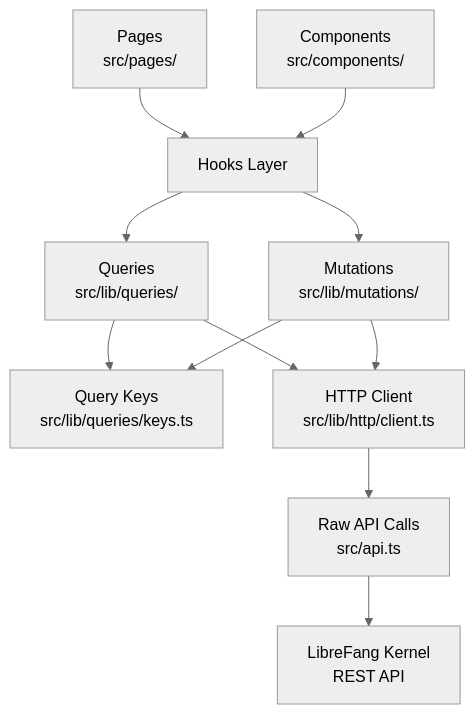
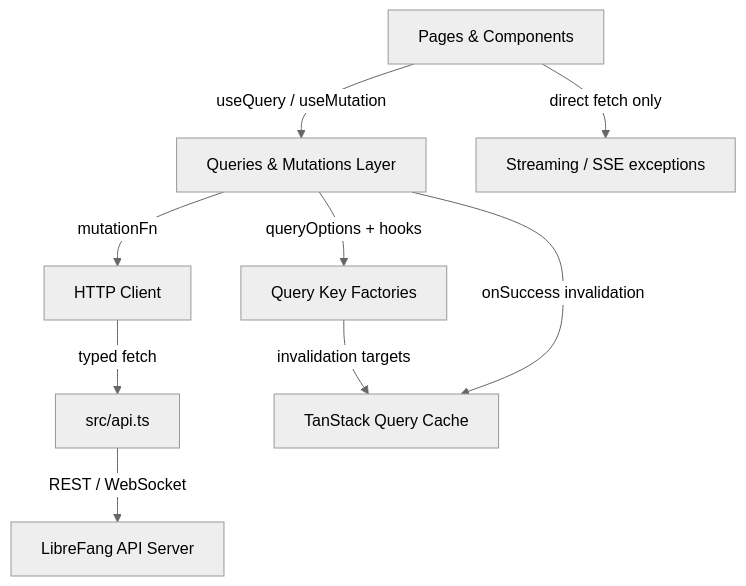
Before and after one commit to leszek3737/librefang-WIki: the diagram in other-librefang-api-dashboard.md, drawn with Mermaid (neutral theme). The commit also changed other lines of this file and 125 other files, not shown here.

````diff
--- a/other-librefang-api-dashboard.md
+++ b/other-librefang-api-dashboard.md
@@ -17,13 +18,11 @@
 ```mermaid
 graph TD
-    A["Pages<br/>src/pages/"] --> B["Hooks Layer"]
-    B --> C["Queries<br/>src/lib/queries/"]
-    B --> D["Mutations<br/>src/lib/mutations/"]
-    C --> E["Query Keys<br/>src/lib/queries/keys.ts"]
-    D --> E
-    C --> F["HTTP Client<br/>src/lib/http/client.ts"]
-    D --> F
-    F --> G["Raw API Calls<br/>src/api.ts"]
-    G --> H["LibreFang Kernel<br/>REST API"]
-    I["Components<br/>src/components/"] --> B
+    A[Pages & Components] -->|useQuery / useMutation| B[Queries & Mutations Layer]
+    B -->|queryOptions + hooks| C[Query Key Factories]
+    B -->|mutationFn| D[HTTP Client]
+    D -->|typed fetch| E[src/api.ts]
+    E -->|REST / WebSocket| F[LibreFang API Server]
+    A -->|direct fetch only| G[Streaming / SSE exceptions]
+    C -->|invalidation targets| H[TanStack Query Cache]
+    B -->|onSuccess invalidation| H
 ```
````
